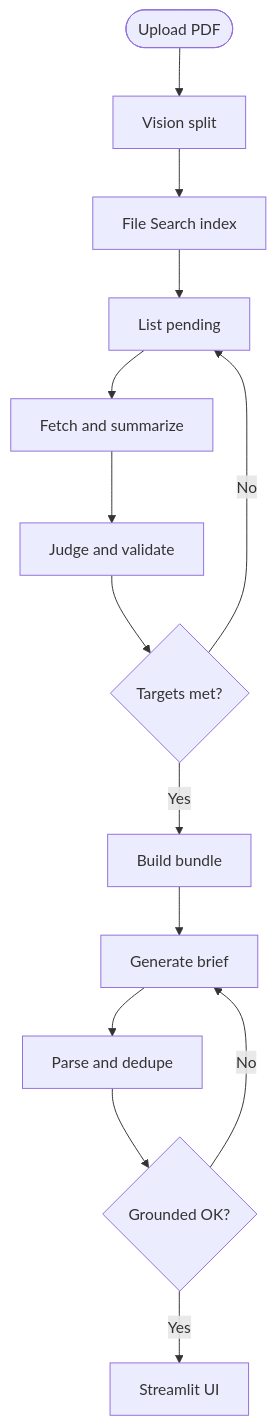
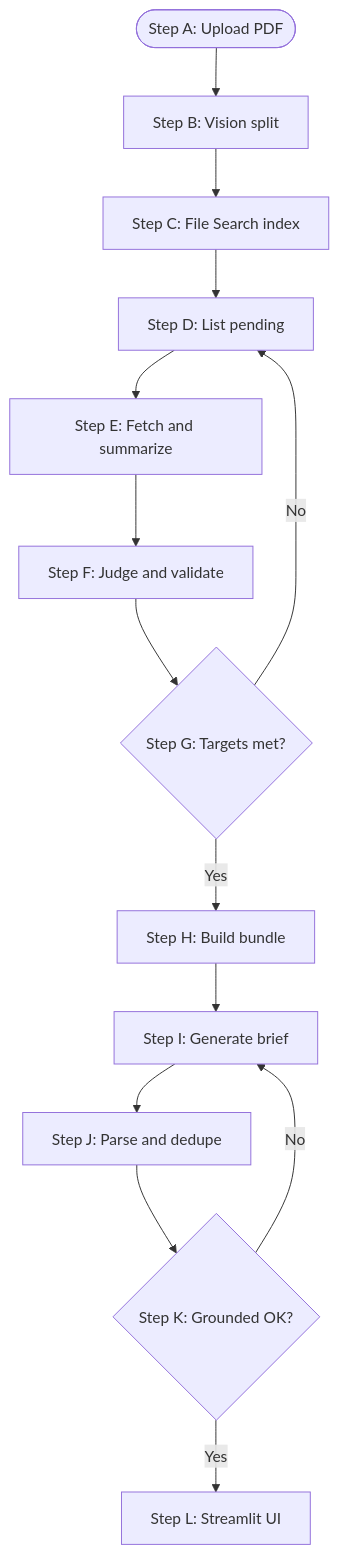
Before and after one commit to a-partha/music_analytics_app: the diagram in README.md, drawn with Mermaid. The commit also changed other lines of this file, not shown here.

````diff
--- a/README.md
+++ b/README.md
@@ -11,16 +11,16 @@
 ```mermaid
 flowchart TB
-    A([Upload PDF]) --> B[Vision split]
-    B --> C[File Search index]
-    C --> D[List pending]
-    D --> E[Fetch and summarize]
-    E --> F[Judge and validate]
-    F --> G{Targets met?}
+    A(["Step A: Upload PDF"]) --> B["Step B: Vision split"]
+    B --> C["Step C: File Search index"]
+    C --> D["Step D: List pending"]
+    D --> E["Step E: Fetch and summarize"]
+    E --> F["Step F: Judge and validate"]
+    F --> G{"Step G: Targets met?"}
     G -->|No| D
-    G -->|Yes| H[Build bundle]
-    H --> I[Generate brief]
-    I --> J[Parse and dedupe]
-    J --> K{Grounded OK?}
+    G -->|Yes| H["Step H: Build bundle"]
+    H --> I["Step I: Generate brief"]
+    I --> J["Step J: Parse and dedupe"]
+    J --> K{"Step K: Grounded OK?"}
     K -->|No| I
-    K -->|Yes| L[Streamlit UI]
+    K -->|Yes| L["Step L: Streamlit UI"]
 ```
````
